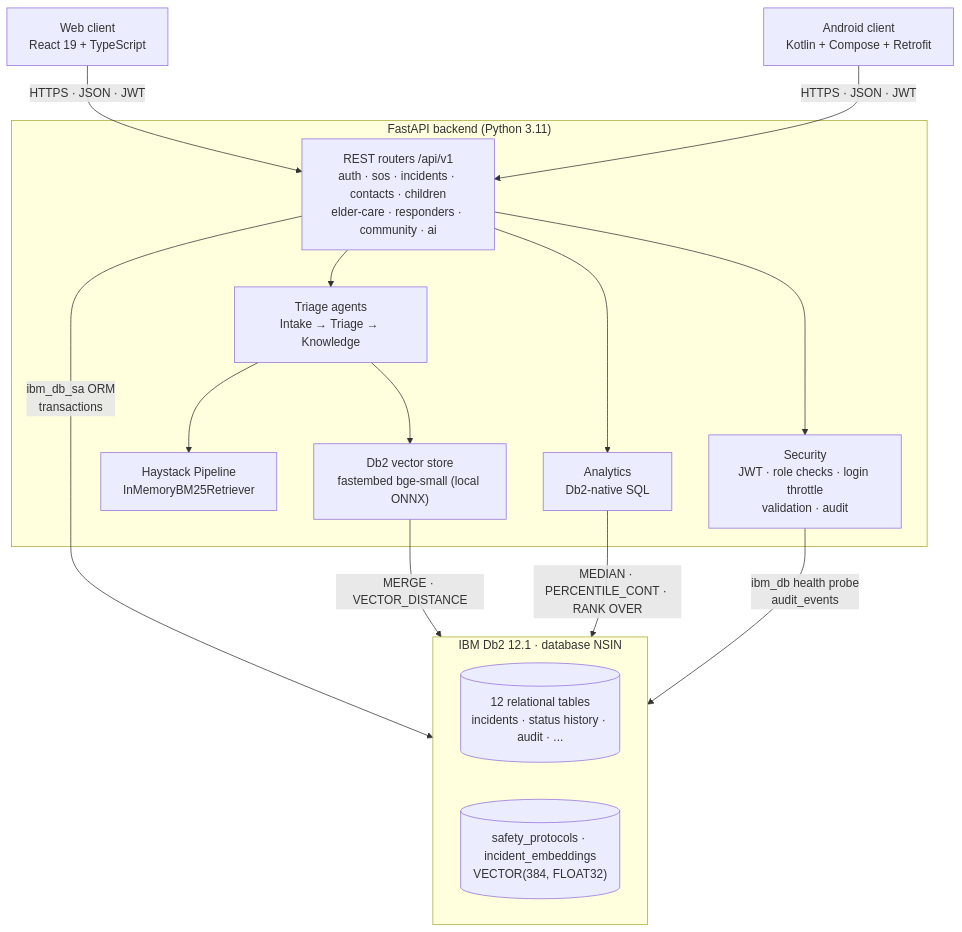
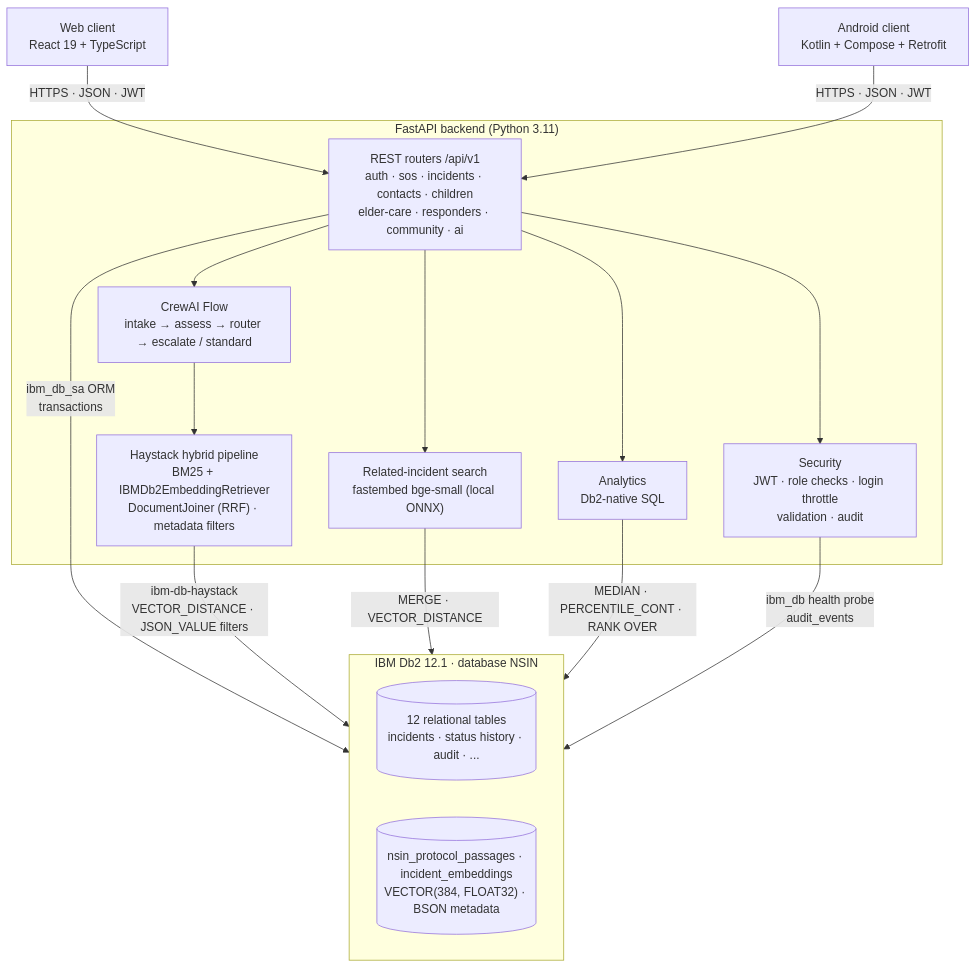
Before and after one commit to KunalGolaIBM/IBM_Db2_TechX_Project_Submission: the first of 2 diagrams in submissions/neighbourhood-safety-intelligence-network/architecture.md, drawn with Mermaid. The commit also changed other lines of this file and 2 other files, not shown here.

First line of the commit message:
docs(neighbourhood-safety-intelligence-network): document Haystack hybrid retrieval, IBM Db2 Haystack store and CrewAI flow

````diff
--- a/submissions/neighbourhood-safety-intelligence-network/architecture.md
+++ b/submissions/neighbourhood-safety-intelligence-network/architecture.md
@@ -15,29 +15,30 @@
 ```mermaid
 graph TD
     Web["Web client<br/>React 19 + TypeScript"] -->|"HTTPS · JSON · JWT"| API
     Android["Android client<br/>Kotlin + Compose + Retrofit"] -->|"HTTPS · JSON · JWT"| API
 
     subgraph Backend["FastAPI backend (Python 3.11)"]
         API["REST routers /api/v1<br/>auth · sos · incidents · contacts · children<br/>elder-care · responders · community · ai"]
         SEC["Security<br/>JWT · role checks · login throttle<br/>validation · audit"]
-        TRI["Triage agents<br/>Intake → Triage → Knowledge"]
-        HAY["Haystack Pipeline<br/>InMemoryBM25Retriever"]
-        VEC["Db2 vector store<br/>fastembed bge-small (local ONNX)"]
+        TRI["CrewAI Flow<br/>intake → assess → router → escalate / standard"]
+        HAY["Haystack hybrid pipeline<br/>BM25 + IBMDb2EmbeddingRetriever<br/>DocumentJoiner (RRF) · metadata filters"]
+        VEC["Related-incident search<br/>fastembed bge-small (local ONNX)"]
         ANA["Analytics<br/>Db2-native SQL"]
         API --> SEC
         API --> TRI
         TRI --> HAY
-        TRI --> VEC
+        API --> VEC
         API --> ANA
     end
 
     API -->|"ibm_db_sa ORM<br/>transactions"| DB2
+    HAY -->|"ibm-db-haystack<br/>VECTOR_DISTANCE · JSON_VALUE filters"| DB2
     VEC -->|"MERGE · VECTOR_DISTANCE"| DB2
     ANA -->|"MEDIAN · PERCENTILE_CONT · RANK OVER"| DB2
     SEC -->|"ibm_db health probe<br/>audit_events"| DB2
 
     subgraph DB2["IBM Db2 12.1 · database NSIN"]
         REL[("12 relational tables<br/>incidents · status history · audit · ...")]
-        VT[("safety_protocols · incident_embeddings<br/>VECTOR(384, FLOAT32)")]
+        VT[("nsin_protocol_passages · incident_embeddings<br/>VECTOR(384, FLOAT32) · BSON metadata")]
     end
 ```
````
